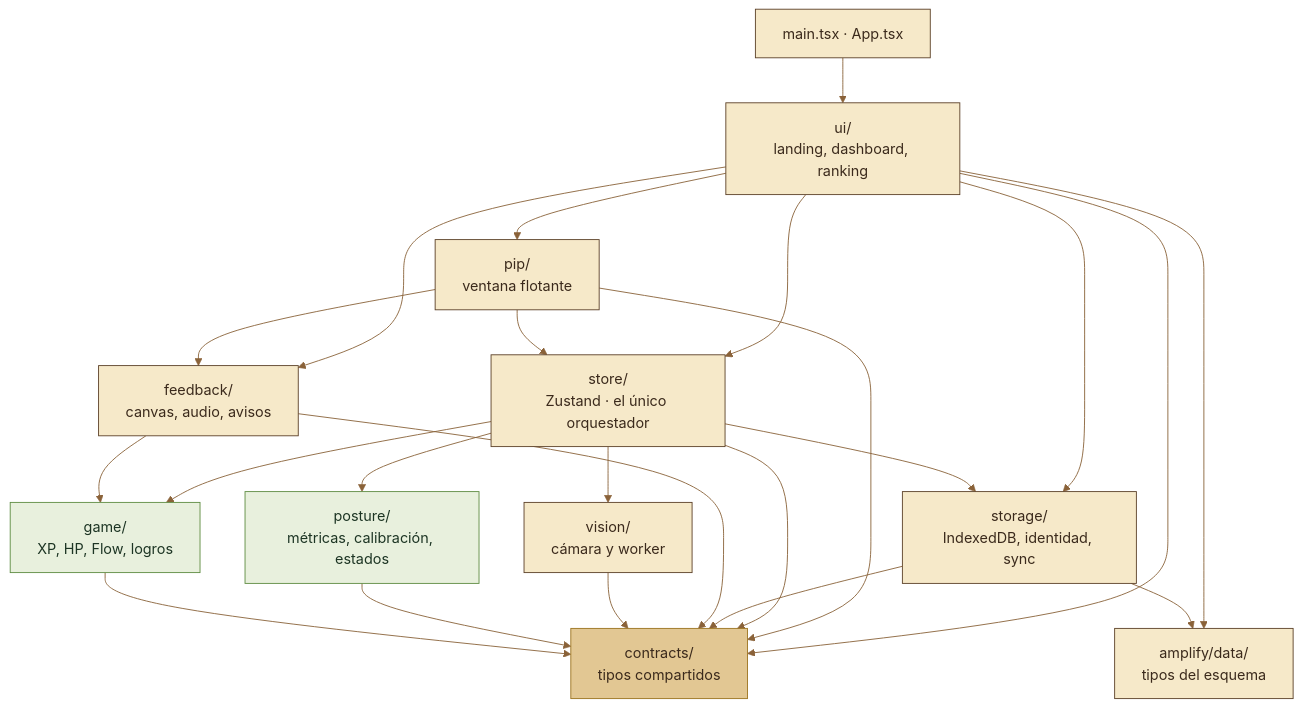
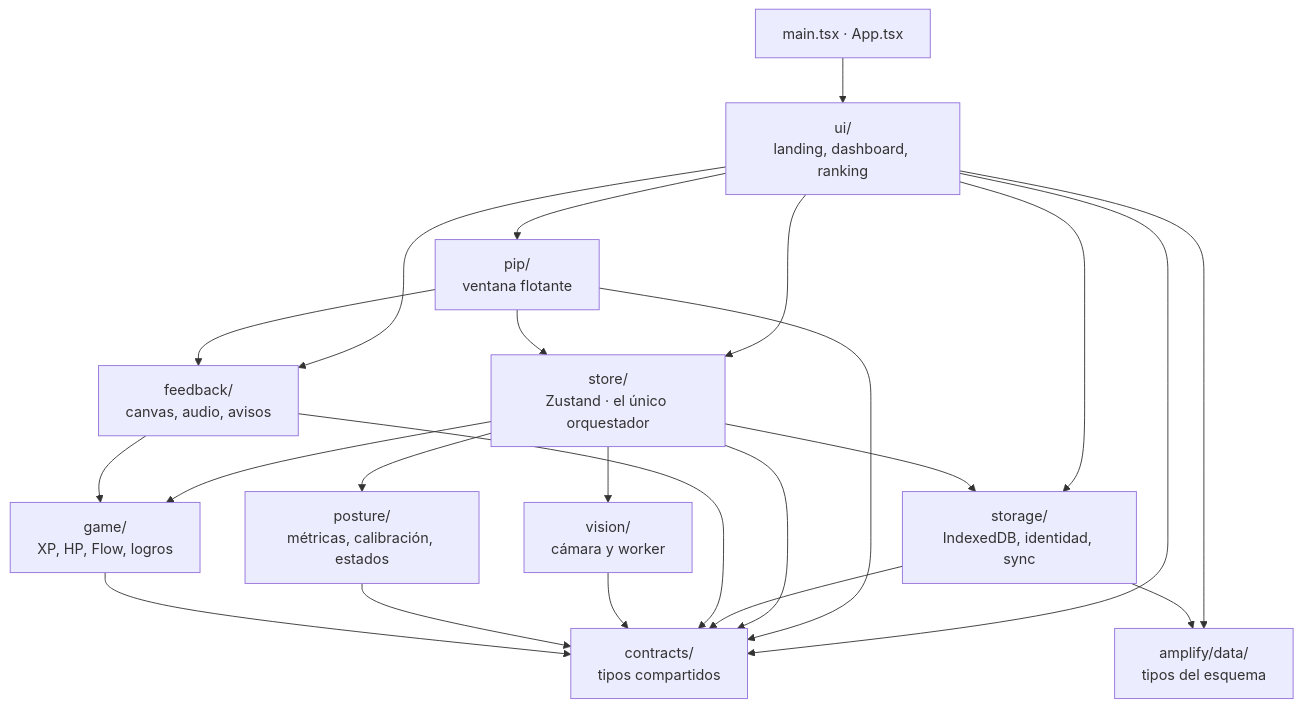
The fourth of 12 diagrams in docs/ARQUITECTURA.md (vicmaHo/spine-hero), drawn with Mermaid before and after one commit. The commit also changed other lines of this file, not shown here.

Commit message:
docs(fix): corrección de colores de diagramas

````diff
--- a/docs/ARQUITECTURA.md
+++ b/docs/ARQUITECTURA.md
@@ -168,28 +165,23 @@
 ```mermaid
-%%{init: {'theme':'base','themeVariables':{'fontFamily':'ui-sans-serif, system-ui, sans-serif','primaryColor':'#f6e9c9','primaryTextColor':'#3b2a1c','primaryBorderColor':'#5c4128','secondaryColor':'#efdcb4','tertiaryColor':'#fbf5e6','lineColor':'#8a6239','textColor':'#3b2a1c','mainBkg':'#f6e9c9','nodeBorder':'#5c4128','clusterBkg':'#fbf5e6','clusterBorder':'#c8ab74','edgeLabelBackground':'#f6e9c9','titleColor':'#3b2a1c'}}}%%
 flowchart TD
   RT["main.tsx · App.tsx"]
   UI["ui/<br/>landing, dashboard, ranking"]
   PI["pip/<br/>ventana flotante"]
   ST["store/<br/>Zustand · el único orquestador"]
   SO["storage/<br/>IndexedDB, identidad, sync"]
   FE["feedback/<br/>canvas, audio, avisos"]
   VI["vision/<br/>cámara y worker"]
   PO["posture/<br/>métricas, calibración, estados"]
   GA["game/<br/>XP, HP, Flow, logros"]
   CT["contracts/<br/>tipos compartidos"]
   AM["amplify/data/<br/>tipos del esquema"]
   RT --> UI
   UI --> ST & FE & SO & PI & CT & AM
   PI --> ST & FE & CT
   ST --> SO & VI & PO & GA & CT
   SO --> CT & AM
   FE --> GA & CT
   VI --> CT
   PO --> CT
   GA --> CT
-  classDef puro fill:#e8f0dd,stroke:#5e8c42,color:#1d3524
-  classDef sumidero fill:#e2c793,stroke:#9c7420,color:#3b2a1c
-  class PO,GA puro
-  class CT sumidero
 ```
````
